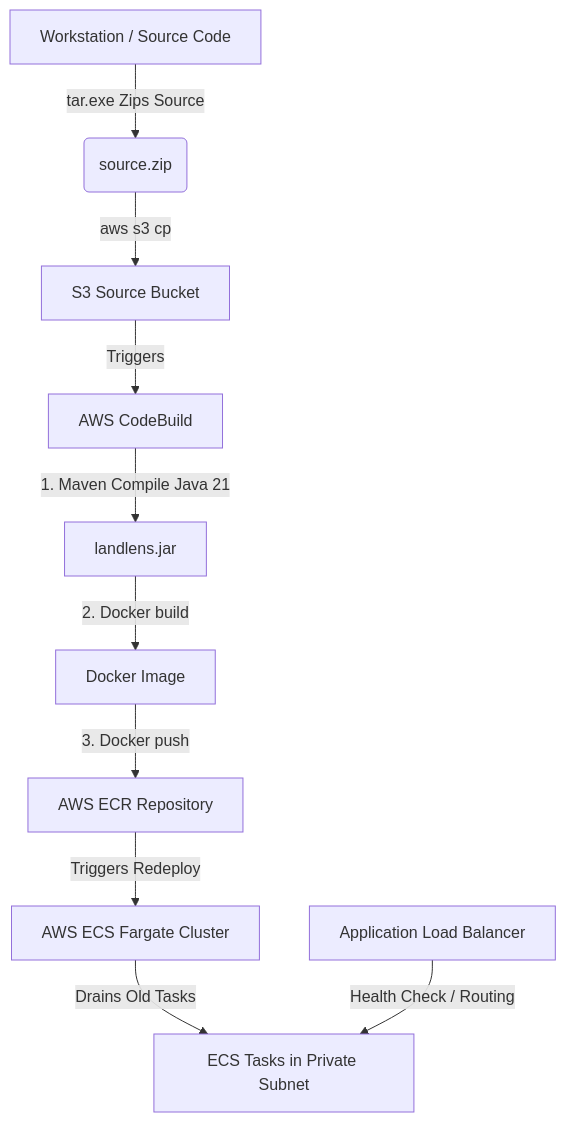
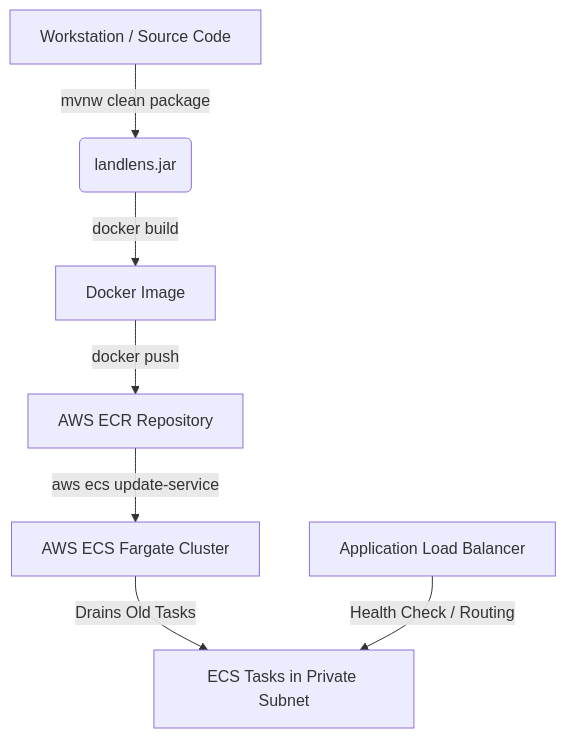
The third of 4 diagrams in README.md (pirates27/backend), drawn with Mermaid before and after one commit. The commit also changed other lines of this file and 14 other files, not shown here.

````diff
--- a/README.md
+++ b/README.md
@@ -350,12 +350,9 @@
 ```mermaid
 graph TD
-    A[Workstation / Source Code] -->|tar.exe Zips Source| B(source.zip)
-    B -->|aws s3 cp| C[S3 Source Bucket]
-    C -->|Triggers| D[AWS CodeBuild]
-    D -->|1. Maven Compile Java 21| E[landlens.jar]
-    E -->|2. Docker build| F[Docker Image]
-    F -->|3. Docker push| G[AWS ECR Repository]
-    G -->|Triggers Redeploy| H[AWS ECS Fargate Cluster]
-    H -->|Drains Old Tasks| I[ECS Tasks in Private Subnet]
-    J[Application Load Balancer] -->|Health Check / Routing| I
+    A[Workstation / Source Code] -->|mvnw clean package| B(landlens.jar)
+    B -->|docker build| C[Docker Image]
+    C -->|docker push| D[AWS ECR Repository]
+    D -->|aws ecs update-service| E[AWS ECS Fargate Cluster]
+    E -->|Drains Old Tasks| F[ECS Tasks in Private Subnet]
+    G[Application Load Balancer] -->|Health Check / Routing| F
 ```
````
